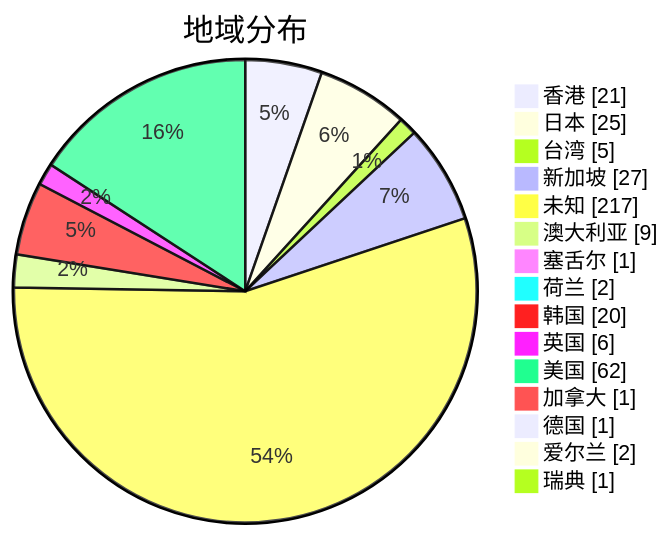
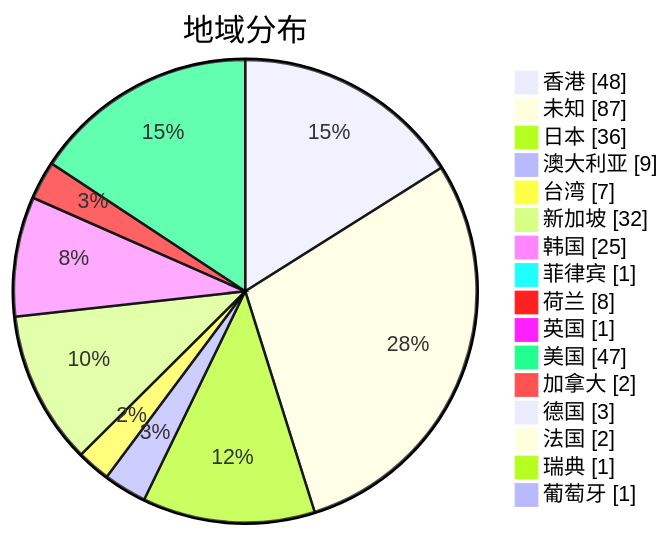
The second of 3 diagrams in subs/statistics/tested_within.md (qjlxg/airport), drawn with Mermaid before and after one commit. The commit also changed other lines of this file and 2 other files, not shown here.

Commit message:
Tested by metaST

````diff
--- a/subs/statistics/tested_within.md
+++ b/subs/statistics/tested_within.md
@@ -13,19 +12,20 @@
 ```mermaid
 pie showData
 title 地域分布
-"香港" : 21
-"日本" : 25
-"台湾" : 5
-"新加坡" : 27
-"未知" : 217
+"香港" : 48
+"未知" : 87
+"日本" : 36
 "澳大利亚" : 9
-"塞舌尔" : 1
-"荷兰" : 2
-"韩国" : 20
-"英国" : 6
-"美国" : 62
-"加拿大" : 1
-"德国" : 1
-"爱尔兰" : 2
+"台湾" : 7
+"新加坡" : 32
+"韩国" : 25
+"菲律宾" : 1
+"荷兰" : 8
+"英国" : 1
+"美国" : 47
+"加拿大" : 2
+"德国" : 3
+"法国" : 2
 "瑞典" : 1
+"葡萄牙" : 1
 ```
````
